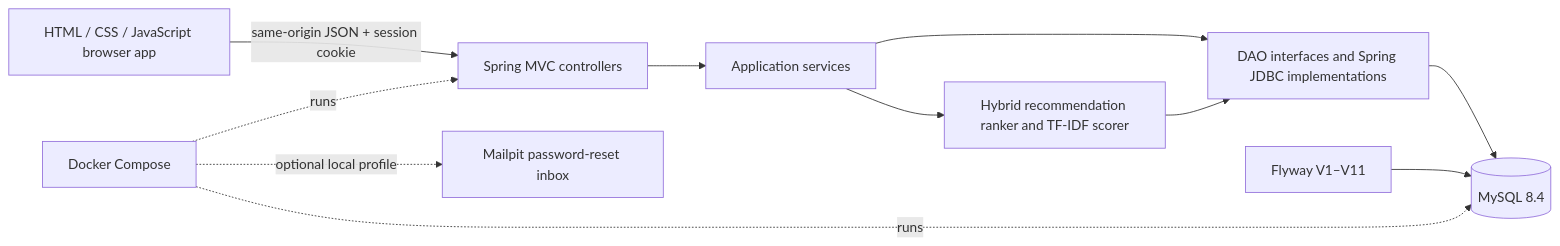
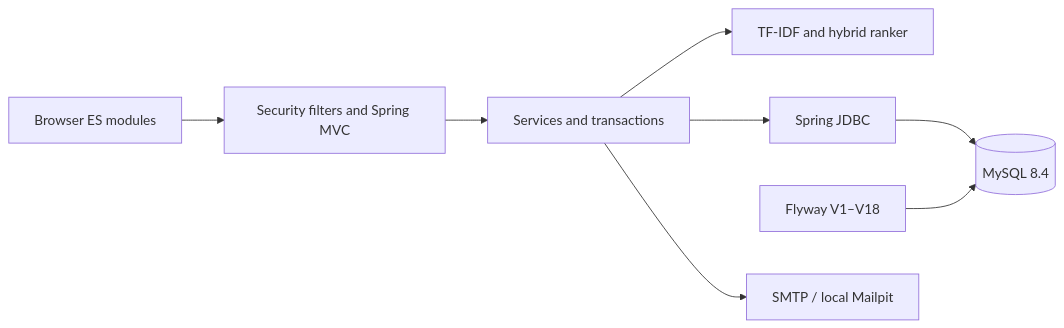
The diagram in README.md (AzelHere/recomai-ai-based-recommendation-system), drawn with Mermaid before and after one commit. The commit also changed other lines of this file and 282 other files, not shown here.

````diff
--- a/README.md
+++ b/README.md
@@ -35,13 +112,10 @@
 ```mermaid
 flowchart LR
-    Browser[HTML / CSS / JavaScript browser app] -->|same-origin JSON + session cookie| Controllers[Spring MVC controllers]
-    Controllers --> Services[Application services]
-    Services --> Ranker[Hybrid recommendation ranker and TF-IDF scorer]
-    Services --> DAOs[DAO interfaces and Spring JDBC implementations]
-    Ranker --> DAOs
-    DAOs --> MySQL[(MySQL 8.4)]
-    Flyway[Flyway V1–V11] --> MySQL
-    Compose[Docker Compose] -. runs .-> Controllers
-    Compose -. runs .-> MySQL
-    Compose -. optional local profile .-> Mailpit[Mailpit password-reset inbox]
+ B[Browser ES modules] --> F[Security filters and Spring MVC]
+ F --> S[Services and transactions]
+ S --> R[TF-IDF and hybrid ranker]
+ S --> D[Spring JDBC]
+ D --> M[(MySQL 8.4)]
+ Y[Flyway V1–V18] --> M
+ S --> E[SMTP / local Mailpit]
 ```
````
